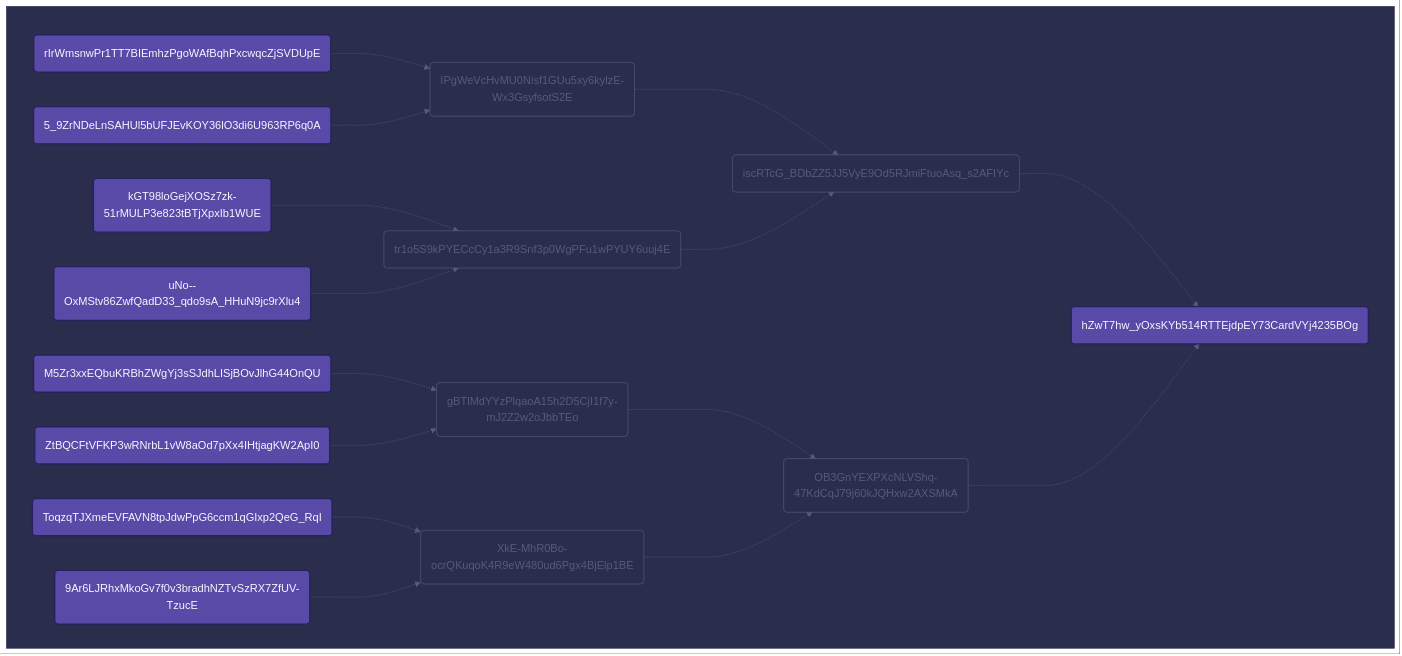
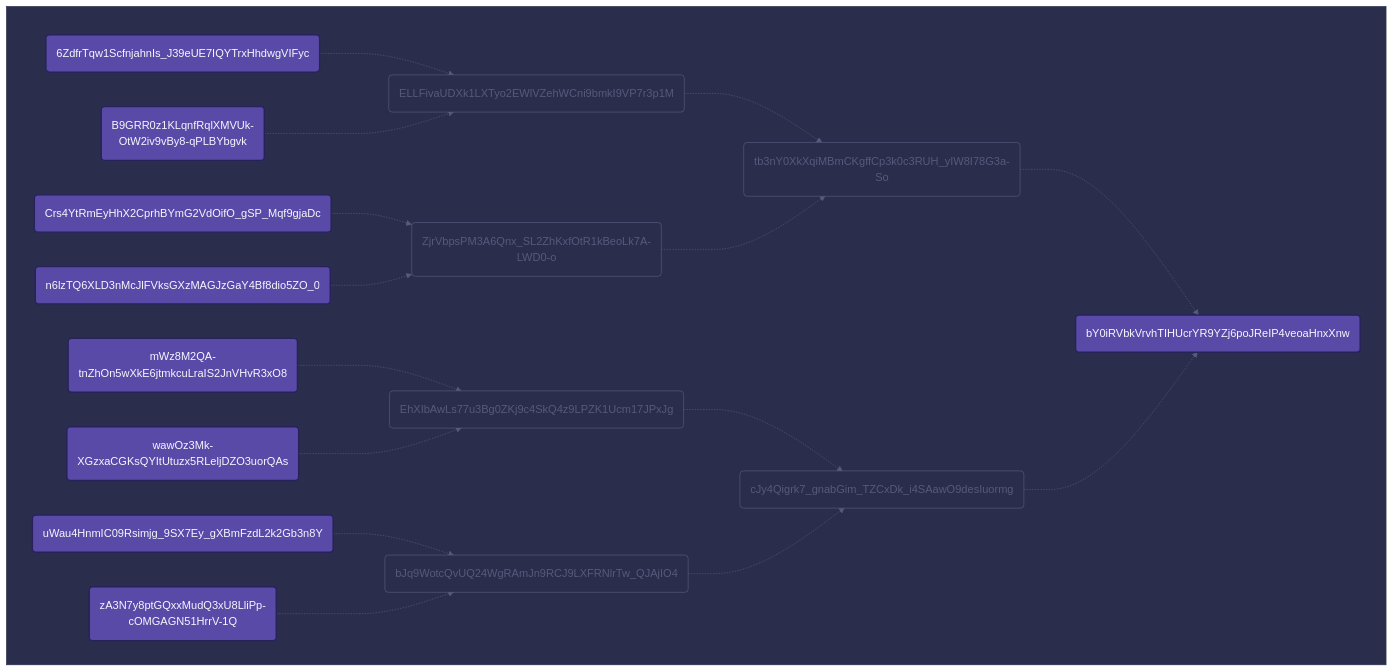
Before and after one commit to transmute-industries/verifiable-data: the diagram in packages/merkle-proof/merkle-tree.md, drawn with Mermaid. The commit also changed other lines of this file and 19 other files, not shown here.

````diff
--- a/packages/merkle-proof/merkle-tree.md
+++ b/packages/merkle-proof/merkle-tree.md
@@ -45,82 +45,82 @@
 ```mermaid
 %%{
   init: {
     'flowchart': { 'curve': 'monotoneX' },
     'theme': 'base',
     'themeVariables': {
       'primaryColor': '#2a2d4c',
       'primaryTextColor': '#565a7c',
       'nodeBorder': '#565a7c',
       'edgeLabelBackground': '#2a2d4c',
       'clusterBkg': '#2a2d4c',
       'clusterBorder': '#2a2d4c',
       'lineColor': '#565a7c',
       'fontFamily': 'monospace',
       'darkmode': true
     }
   }
 }%%
 graph LR
 linkStyle default fill:none, stroke-width: 1px, stroke: #565a7c
   subgraph &nbsp;
     direction LR
-		fca1f7d357bc7db71ecfa0e8d10fafb4754a71745a2276964e7c21e7188660da("hZwT7hw_yOxsKYb514RTTEjdpEY73CardVYj4235BOg") 
-		2764e768f29811dabf308f93e6b76f4c9edf100f51ac0fd9d3928101a92af2f4("iscRTcG_BDbZZ5JJ5VyE9Od5RJmiFtuoAsq_s2AFIYc") 
-		ef18fdcdecf7266c386a8536c36176fa7380d14600e825713343208ab83afad9("OB3GnYEXPXcNLVShq-47KdCqJ79j60kJQHxw2AXSMkA") 
-		3916a2df29c29440b3c29a3df1df70dcf5c642be8f964b7f27034ffd585e6290("IPgWeVcHvMU0Nisf1GUu5xy6kylzE-Wx3GsyfsotS2E") 
-		b5b9802b26745d9debfb1ea0002b86a52d9bcac3eafeebd8d71d5531211bc472("tr1o5S9kPYECcCy1a3R9Snf3p0WgPFu1wPYUY6uuj4E") 
-		167746b8bd6907f2babd3bd3abc790d330e2bb680c8bc018dddc4ae411c48afd("gBTlMdYYzPlqaoA15h2D5CjI1f7y-mJ2Z2w2oJbbTEo") 
-		59b5ab50b103b22cb5d36ce1f1f42ed0f380d1e35be366ef65bedfd322926f4a("XkE-MhR0Bo-ocrQKuqoK4R9eW480ud6Pgx4BjElp1BE") 
-		a32550d24f3c960035f48b7839b17e18aa6b92531a7c5c4ac242427ecf003693("rIrWmsnwPr1TT7BIEmhzPgoWAfBqhPxcwqcZjSVDUpE") 
-		07a32339385367edc6066d06bc7f87c74441a596d076948754e4768a8ad004e7("5_9ZrNDeLnSAHUl5bUFJEvKOY36lO3di6U963RP6q0A") 
-		f9210b82dd198e1f049f793d69d9ff9eaa78aab930d19ffcf650330d450e3f19("kGT98loGejXOSz7zk-51rMULP3e823tBTjXpxIb1WUE") 
-		42b869007c27bed0f28fe75e04b87214b501fdc6e8ee237984e67ef8eaccd550("uNo--OxMStv86ZwfQadD33_qdo9sA_HHuN9jc9rXlu4") 
-		f8e5da08e515a7fcbc496cb359001f2e363e8acf0a2166c81e032f8e3617e190("M5Zr3xxEQbuKRBhZWgYj3sSJdhLISjBOvJlhG44OnQU") 
-		b60430bd7cce63aaae6e0f797d7997c792e673ad18de37ca7c8cde970d3cdeff("ZtBQCFtVFKP3wRNrbL1vW8aOd7pXx4IHtjagKW2ApI0") 
-		cf1a3eff49dd21b0a9b1ae3d2f9324c278f7095cfdd81993de8dd47797acee3b("ToqzqTJXmeEVFAVN8tpJdwPpG6ccm1qGIxp2QeG_RqI") 
-		f0913d5b8b3bdcef79af8a68aab2475f367a483f39362edd9f9b4d845a781ba9("9Ar6LJRhxMkoGv7f0v3bradhNZTvSzRX7ZfUV-TzucE") 
-		2764e768f29811dabf308f93e6b76f4c9edf100f51ac0fd9d3928101a92af2f4 -.-> fca1f7d357bc7db71ecfa0e8d10fafb4754a71745a2276964e7c21e7188660da 
-		ef18fdcdecf7266c386a8536c36176fa7380d14600e825713343208ab83afad9 -.-> fca1f7d357bc7db71ecfa0e8d10fafb4754a71745a2276964e7c21e7188660da 
-		3916a2df29c29440b3c29a3df1df70dcf5c642be8f964b7f27034ffd585e6290 -.-> 2764e768f29811dabf308f93e6b76f4c9edf100f51ac0fd9d3928101a92af2f4 
-		b5b9802b26745d9debfb1ea0002b86a52d9bcac3eafeebd8d71d5531211bc472 -.-> 2764e768f29811dabf308f93e6b76f4c9edf100f51ac0fd9d3928101a92af2f4 
-		167746b8bd6907f2babd3bd3abc790d330e2bb680c8bc018dddc4ae411c48afd -.-> ef18fdcdecf7266c386a8536c36176fa7380d14600e825713343208ab83afad9 
-		59b5ab50b103b22cb5d36ce1f1f42ed0f380d1e35be366ef65bedfd322926f4a -.-> ef18fdcdecf7266c386a8536c36176fa7380d14600e825713343208ab83afad9 
-		a32550d24f3c960035f48b7839b17e18aa6b92531a7c5c4ac242427ecf003693 -.-> 3916a2df29c29440b3c29a3df1df70dcf5c642be8f964b7f27034ffd585e6290 
-		07a32339385367edc6066d06bc7f87c74441a596d076948754e4768a8ad004e7 -.-> 3916a2df29c29440b3c29a3df1df70dcf5c642be8f964b7f27034ffd585e6290 
-		f9210b82dd198e1f049f793d69d9ff9eaa78aab930d19ffcf650330d450e3f19 -.-> b5b9802b26745d9debfb1ea0002b86a52d9bcac3eafeebd8d71d5531211bc472 
-		42b869007c27bed0f28fe75e04b87214b501fdc6e8ee237984e67ef8eaccd550 -.-> b5b9802b26745d9debfb1ea0002b86a52d9bcac3eafeebd8d71d5531211bc472 
-		f8e5da08e515a7fcbc496cb359001f2e363e8acf0a2166c81e032f8e3617e190 -.-> 167746b8bd6907f2babd3bd3abc790d330e2bb680c8bc018dddc4ae411c48afd 
-		b60430bd7cce63aaae6e0f797d7997c792e673ad18de37ca7c8cde970d3cdeff -.-> 167746b8bd6907f2babd3bd3abc790d330e2bb680c8bc018dddc4ae411c48afd 
-		cf1a3eff49dd21b0a9b1ae3d2f9324c278f7095cfdd81993de8dd47797acee3b -.-> 59b5ab50b103b22cb5d36ce1f1f42ed0f380d1e35be366ef65bedfd322926f4a 
-		f0913d5b8b3bdcef79af8a68aab2475f367a483f39362edd9f9b4d845a781ba9 -.-> 59b5ab50b103b22cb5d36ce1f1f42ed0f380d1e35be366ef65bedfd322926f4a 
-		style fca1f7d357bc7db71ecfa0e8d10fafb4754a71745a2276964e7c21e7188660da color:#f5f7fd, fill:#594aa8, stroke:#27225b, stroke-width: 2.0px 
-		style 2764e768f29811dabf308f93e6b76f4c9edf100f51ac0fd9d3928101a92af2f4 stroke:#565a7c, stroke-width: 1.0px 
-		style ef18fdcdecf7266c386a8536c36176fa7380d14600e825713343208ab83afad9 stroke:#565a7c, stroke-width: 1.0px 
-		style 3916a2df29c29440b3c29a3df1df70dcf5c642be8f964b7f27034ffd585e6290 stroke:#565a7c, stroke-width: 1.0px 
-		style b5b9802b26745d9debfb1ea0002b86a52d9bcac3eafeebd8d71d5531211bc472 stroke:#565a7c, stroke-width: 1.0px 
-		style 167746b8bd6907f2babd3bd3abc790d330e2bb680c8bc018dddc4ae411c48afd stroke:#565a7c, stroke-width: 1.0px 
-		style 59b5ab50b103b22cb5d36ce1f1f42ed0f380d1e35be366ef65bedfd322926f4a stroke:#565a7c, stroke-width: 1.0px 
-		style a32550d24f3c960035f48b7839b17e18aa6b92531a7c5c4ac242427ecf003693 color:#f5f7fd, fill:#594aa8, stroke:#27225b, stroke-width: 2.0px 
-		style 07a32339385367edc6066d06bc7f87c74441a596d076948754e4768a8ad004e7 color:#f5f7fd, fill:#594aa8, stroke:#27225b, stroke-width: 2.0px 
-		style f9210b82dd198e1f049f793d69d9ff9eaa78aab930d19ffcf650330d450e3f19 color:#f5f7fd, fill:#594aa8, stroke:#27225b, stroke-width: 2.0px 
-		style 42b869007c27bed0f28fe75e04b87214b501fdc6e8ee237984e67ef8eaccd550 color:#f5f7fd, fill:#594aa8, stroke:#27225b, stroke-width: 2.0px 
-		style f8e5da08e515a7fcbc496cb359001f2e363e8acf0a2166c81e032f8e3617e190 color:#f5f7fd, fill:#594aa8, stroke:#27225b, stroke-width: 2.0px 
-		style b60430bd7cce63aaae6e0f797d7997c792e673ad18de37ca7c8cde970d3cdeff color:#f5f7fd, fill:#594aa8, stroke:#27225b, stroke-width: 2.0px 
-		style cf1a3eff49dd21b0a9b1ae3d2f9324c278f7095cfdd81993de8dd47797acee3b color:#f5f7fd, fill:#594aa8, stroke:#27225b, stroke-width: 2.0px 
-		style f0913d5b8b3bdcef79af8a68aab2475f367a483f39362edd9f9b4d845a781ba9 color:#f5f7fd, fill:#594aa8, stroke:#27225b, stroke-width: 2.0px 
+		d57a9a1e875746ba91a693567761bf616f0c83478688fc448369f45187b33ab7("bY0iRVbkVrvhTIHUcrYR9YZj6poJReIP4veoaHnxXnw") 
+		5b833e08a9aa1c37c08a30ed473e70b9033905501dfa5d4f504c76ff9faa9fa0("tb3nY0XkXqiMBmCKgffCp3k0c3RUH_yIW8I78G3a-So") 
+		1b834b9480615d9c9b650e1007138d466bedc35b4c9cb401cbf06effbab9c471("cJy4Qigrk7_gnabGim_TZCxDk_i4SAawO9desIuormg") 
+		0f16fb4931662a76b8a0fbdd7856a4502616b80b1833a2cc4fc6a3c3a22dde78("ELLFivaUDXk1LXTyo2EWlVZehWCni9bmkI9VP7r3p1M") 
+		dbca71c3e371765b06775f4383e85380ea518d2df196cc88d5b132fdd9e56b23("ZjrVbpsPM3A6Qnx_SL2ZhKxfOtR1kBeoLk7A-LWD0-o") 
+		3d478150b0ad6077f6244a879b9fce5efcbcead26bbb5c70f05fbacb79d4560e("EhXIbAwLs77u3Bg0ZKj9c4SkQ4z9LPZK1Ucm17JPxJg") 
+		91d0215589b45f7a882c43b1fb486fc9d791f95043dbb4d11afe61c3899f8a31("bJq9WotcQvUQ24WgRAmJn9RCJ9LXFRNlrTw_QJAjIO4") 
+		667690c8c05cec56ba33dda456f20bb9911145f164542ab5f33c799fc20bb982("6ZdfrTqw1ScfnjahnIs_J39eUE7IQYTrxHhdwgVIFyc") 
+		bab21c24a6a7d97c1f37a955476ec59a3ed29f9237f7dfc691a7b16e28b952ff("B9GRR0z1KLqnfRqlXMVUk-OtW2iv9vBy8-qPLBYbgvk") 
+		5831519fc393227f96f10d342628a326852522166ba78660568f60ff10c32799("Crs4YtRmEyHhX2CprhBYmG2VdOifO_gSP_Mqf9gjaDc") 
+		fcd1a855f74de5745adab9919e6574ea03abc8f3181d1b5aea81f72cbae5886b("n6lzTQ6XLD3nMcJlFVksGXzMAGJzGaY4Bf8dio5ZO_0") 
+		1943a1303b8936eddd16d5c85208819149d15efd14b4ef4205d6478d0f443b7b("mWz8M2QA-tnZhOn5wXkE6jtmkcuLraIS2JnVHvR3xO8") 
+		584f2921c8e4728ff54b46f81ce10cda19a25561130f14a5c9b4456aff636d28("wawOz3Mk-XGzxaCGKsQYItUtuzx5RLeljDZO3uorQAs") 
+		76dc12ca4c7191efd09ae1fe6038fbafda044e1be2824c8c3e8250188eb8f4e0("uWau4HnmIC09Rsimjg_9SX7Ey_gXBmFzdL2k2Gb3n8Y") 
+		1eea51f5664f3a30ec8abb65439b3655920a6e1fa4a9ba459722c20522fdf0bf("zA3N7y8ptGQxxMudQ3xU8LliPp-cOMGAGN51HrrV-1Q") 
+		5b833e08a9aa1c37c08a30ed473e70b9033905501dfa5d4f504c76ff9faa9fa0 -.-> d57a9a1e875746ba91a693567761bf616f0c83478688fc448369f45187b33ab7 
+		1b834b9480615d9c9b650e1007138d466bedc35b4c9cb401cbf06effbab9c471 -.-> d57a9a1e875746ba91a693567761bf616f0c83478688fc448369f45187b33ab7 
+		0f16fb4931662a76b8a0fbdd7856a4502616b80b1833a2cc4fc6a3c3a22dde78 -.-> 5b833e08a9aa1c37c08a30ed473e70b9033905501dfa5d4f504c76ff9faa9fa0 
+		dbca71c3e371765b06775f4383e85380ea518d2df196cc88d5b132fdd9e56b23 -.-> 5b833e08a9aa1c37c08a30ed473e70b9033905501dfa5d4f504c76ff9faa9fa0 
+		3d478150b0ad6077f6244a879b9fce5efcbcead26bbb5c70f05fbacb79d4560e -.-> 1b834b9480615d9c9b650e1007138d466bedc35b4c9cb401cbf06effbab9c471 
+		91d0215589b45f7a882c43b1fb486fc9d791f95043dbb4d11afe61c3899f8a31 -.-> 1b834b9480615d9c9b650e1007138d466bedc35b4c9cb401cbf06effbab9c471 
+		667690c8c05cec56ba33dda456f20bb9911145f164542ab5f33c799fc20bb982 -.-> 0f16fb4931662a76b8a0fbdd7856a4502616b80b1833a2cc4fc6a3c3a22dde78 
+		bab21c24a6a7d97c1f37a955476ec59a3ed29f9237f7dfc691a7b16e28b952ff -.-> 0f16fb4931662a76b8a0fbdd7856a4502616b80b1833a2cc4fc6a3c3a22dde78 
+		5831519fc393227f96f10d342628a326852522166ba78660568f60ff10c32799 -.-> dbca71c3e371765b06775f4383e85380ea518d2df196cc88d5b132fdd9e56b23 
+		fcd1a855f74de5745adab9919e6574ea03abc8f3181d1b5aea81f72cbae5886b -.-> dbca71c3e371765b06775f4383e85380ea518d2df196cc88d5b132fdd9e56b23 
+		1943a1303b8936eddd16d5c85208819149d15efd14b4ef4205d6478d0f443b7b -.-> 3d478150b0ad6077f6244a879b9fce5efcbcead26bbb5c70f05fbacb79d4560e 
+		584f2921c8e4728ff54b46f81ce10cda19a25561130f14a5c9b4456aff636d28 -.-> 3d478150b0ad6077f6244a879b9fce5efcbcead26bbb5c70f05fbacb79d4560e 
+		76dc12ca4c7191efd09ae1fe6038fbafda044e1be2824c8c3e8250188eb8f4e0 -.-> 91d0215589b45f7a882c43b1fb486fc9d791f95043dbb4d11afe61c3899f8a31 
+		1eea51f5664f3a30ec8abb65439b3655920a6e1fa4a9ba459722c20522fdf0bf -.-> 91d0215589b45f7a882c43b1fb486fc9d791f95043dbb4d11afe61c3899f8a31 
+		style d57a9a1e875746ba91a693567761bf616f0c83478688fc448369f45187b33ab7 color:#f5f7fd, fill:#594aa8, stroke:#27225b, stroke-width: 2.0px 
+		style 5b833e08a9aa1c37c08a30ed473e70b9033905501dfa5d4f504c76ff9faa9fa0 stroke:#565a7c, stroke-width: 1.0px 
+		style 1b834b9480615d9c9b650e1007138d466bedc35b4c9cb401cbf06effbab9c471 stroke:#565a7c, stroke-width: 1.0px 
+		style 0f16fb4931662a76b8a0fbdd7856a4502616b80b1833a2cc4fc6a3c3a22dde78 stroke:#565a7c, stroke-width: 1.0px 
+		style dbca71c3e371765b06775f4383e85380ea518d2df196cc88d5b132fdd9e56b23 stroke:#565a7c, stroke-width: 1.0px 
+		style 3d478150b0ad6077f6244a879b9fce5efcbcead26bbb5c70f05fbacb79d4560e stroke:#565a7c, stroke-width: 1.0px 
+		style 91d0215589b45f7a882c43b1fb486fc9d791f95043dbb4d11afe61c3899f8a31 stroke:#565a7c, stroke-width: 1.0px 
+		style 667690c8c05cec56ba33dda456f20bb9911145f164542ab5f33c799fc20bb982 color:#f5f7fd, fill:#594aa8, stroke:#27225b, stroke-width: 2.0px 
+		style bab21c24a6a7d97c1f37a955476ec59a3ed29f9237f7dfc691a7b16e28b952ff color:#f5f7fd, fill:#594aa8, stroke:#27225b, stroke-width: 2.0px 
+		style 5831519fc393227f96f10d342628a326852522166ba78660568f60ff10c32799 color:#f5f7fd, fill:#594aa8, stroke:#27225b, stroke-width: 2.0px 
+		style fcd1a855f74de5745adab9919e6574ea03abc8f3181d1b5aea81f72cbae5886b color:#f5f7fd, fill:#594aa8, stroke:#27225b, stroke-width: 2.0px 
+		style 1943a1303b8936eddd16d5c85208819149d15efd14b4ef4205d6478d0f443b7b color:#f5f7fd, fill:#594aa8, stroke:#27225b, stroke-width: 2.0px 
+		style 584f2921c8e4728ff54b46f81ce10cda19a25561130f14a5c9b4456aff636d28 color:#f5f7fd, fill:#594aa8, stroke:#27225b, stroke-width: 2.0px 
+		style 76dc12ca4c7191efd09ae1fe6038fbafda044e1be2824c8c3e8250188eb8f4e0 color:#f5f7fd, fill:#594aa8, stroke:#27225b, stroke-width: 2.0px 
+		style 1eea51f5664f3a30ec8abb65439b3655920a6e1fa4a9ba459722c20522fdf0bf color:#f5f7fd, fill:#594aa8, stroke:#27225b, stroke-width: 2.0px 
 		linkStyle 0 color:#565a7c, stroke:#565a7c, stroke-width: 1.0px 
 		linkStyle 1 color:#565a7c, stroke:#565a7c, stroke-width: 1.0px 
 		linkStyle 2 color:#565a7c, stroke:#565a7c, stroke-width: 1.0px 
 		linkStyle 3 color:#565a7c, stroke:#565a7c, stroke-width: 1.0px 
 		linkStyle 4 color:#565a7c, stroke:#565a7c, stroke-width: 1.0px 
 		linkStyle 5 color:#565a7c, stroke:#565a7c, stroke-width: 1.0px 
 		linkStyle 6 color:#565a7c, stroke:#565a7c, stroke-width: 1.0px 
 		linkStyle 7 color:#565a7c, stroke:#565a7c, stroke-width: 1.0px 
 		linkStyle 8 color:#565a7c, stroke:#565a7c, stroke-width: 1.0px 
 		linkStyle 9 color:#565a7c, stroke:#565a7c, stroke-width: 1.0px 
 		linkStyle 10 color:#565a7c, stroke:#565a7c, stroke-width: 1.0px 
 		linkStyle 11 color:#565a7c, stroke:#565a7c, stroke-width: 1.0px 
 		linkStyle 12 color:#565a7c, stroke:#565a7c, stroke-width: 1.0px 
 		linkStyle 13 color:#565a7c, stroke:#565a7c, stroke-width: 1.0px 
   end
 ```
````
